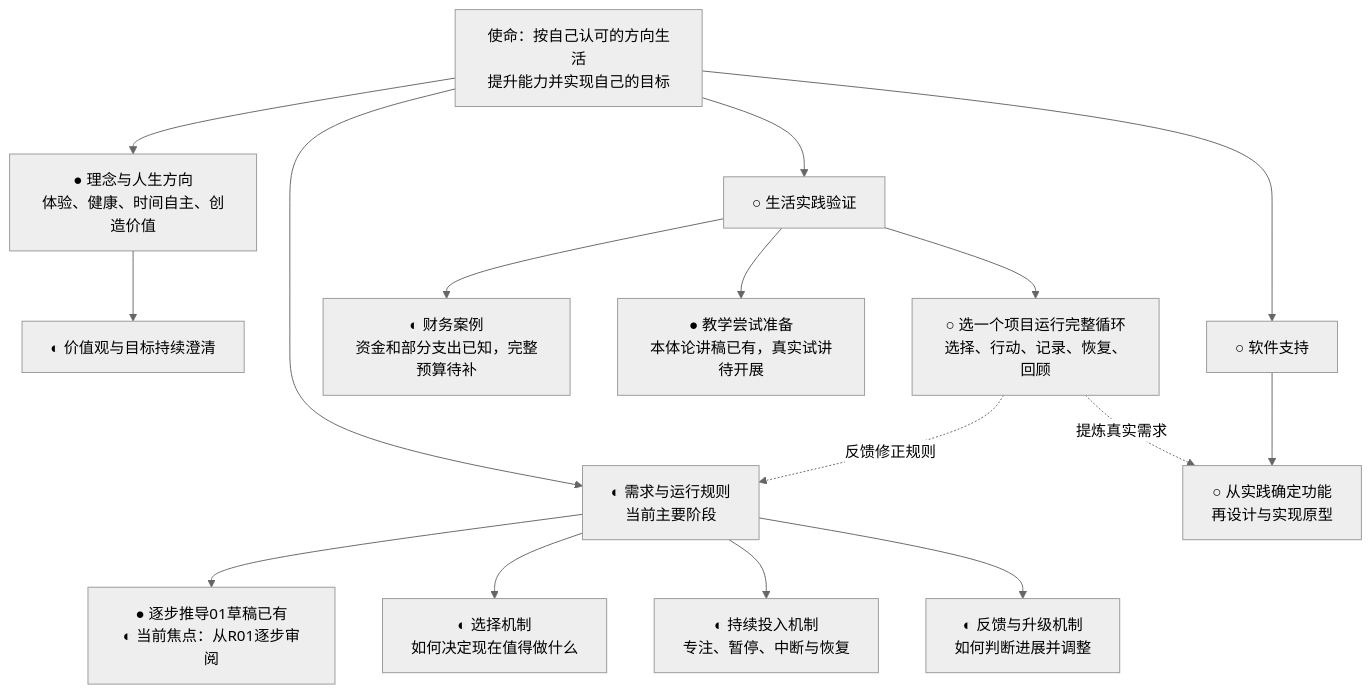
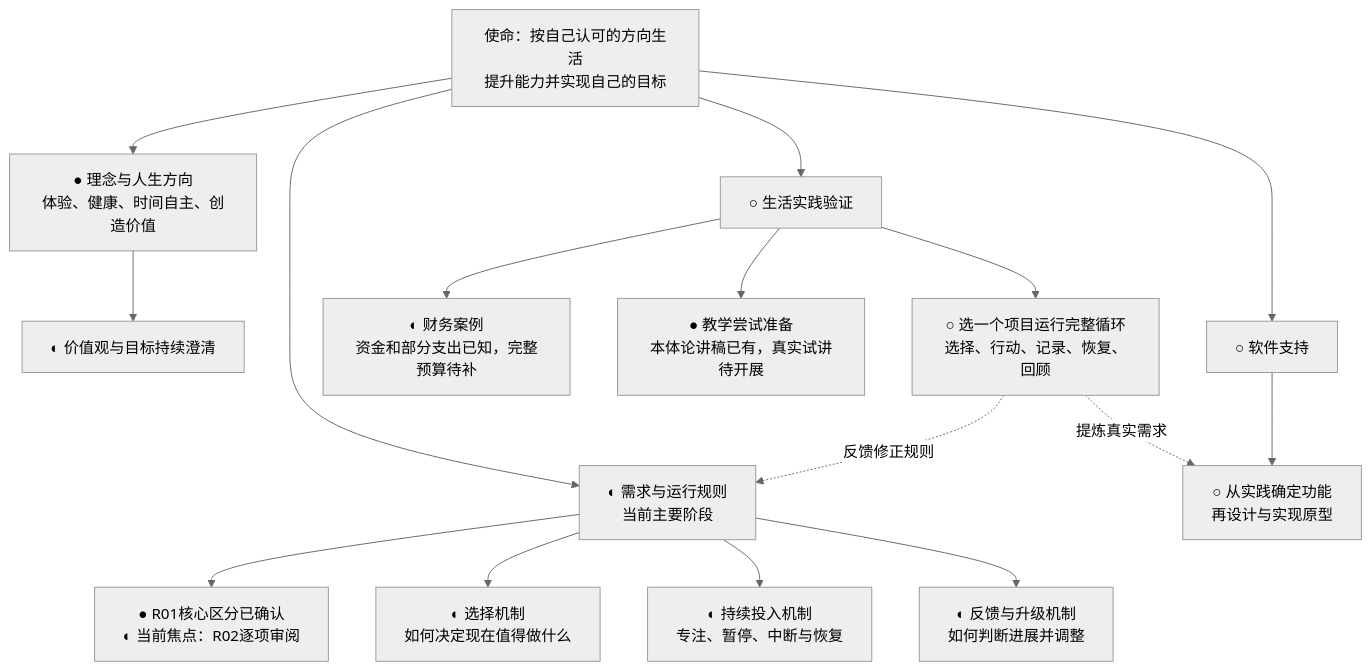
One commit to fangjiaqi2023-jpg/life-flywheel changed the first of 2 diagrams in 项目/人生飞轮/项目推进图.md. Above: the diagram before and after it, drawn with Mermaid (neutral theme). The commit also changed other lines of this file, not shown here.

````diff
--- a/项目/人生飞轮/项目推进图.md
+++ b/项目/人生飞轮/项目推进图.md
@@ -11,22 +11,22 @@
 ```mermaid
 flowchart TD
     M[使命：按自己认可的方向生活<br/>提升能力并实现自己的目标]
     M --> A[● 理念与人生方向<br/>体验、健康、时间自主、创造价值]
     M --> B[◐ 需求与运行规则<br/>当前主要阶段]
     M --> C[○ 生活实践验证]
     M --> D[○ 软件支持]
 
     A --> A1[◐ 价值观与目标持续澄清]
-    B --> B0[● 逐步推导01草稿已有<br/>◐ 当前焦点：从R01逐步审阅]
+    B --> B0[● R01核心区分已确认<br/>◐ 当前焦点：R02逐项审阅]
     B --> B1[◐ 选择机制<br/>如何决定现在值得做什么]
     B --> B2[◐ 持续投入机制<br/>专注、暂停、中断与恢复]
     B --> B3[◐ 反馈与升级机制<br/>如何判断进展并调整]
 
     C --> C1[◐ 财务案例<br/>资金和部分支出已知，完整预算待补]
     C --> C2[● 教学尝试准备<br/>本体论讲稿已有，真实试讲待开展]
     C --> C3[○ 选一个项目运行完整循环<br/>选择、行动、记录、恢复、回顾]
     D --> D1[○ 从实践确定功能<br/>再设计与实现原型]
 
     C3 -.反馈修正规则.-> B
     C3 -.提炼真实需求.-> D1
 ```
````
